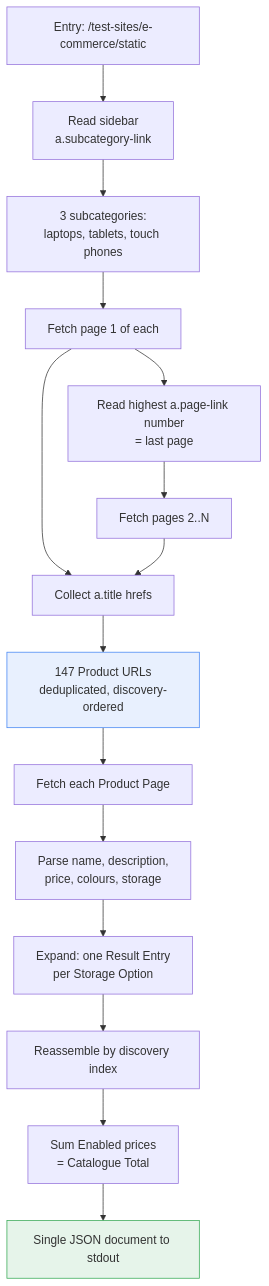
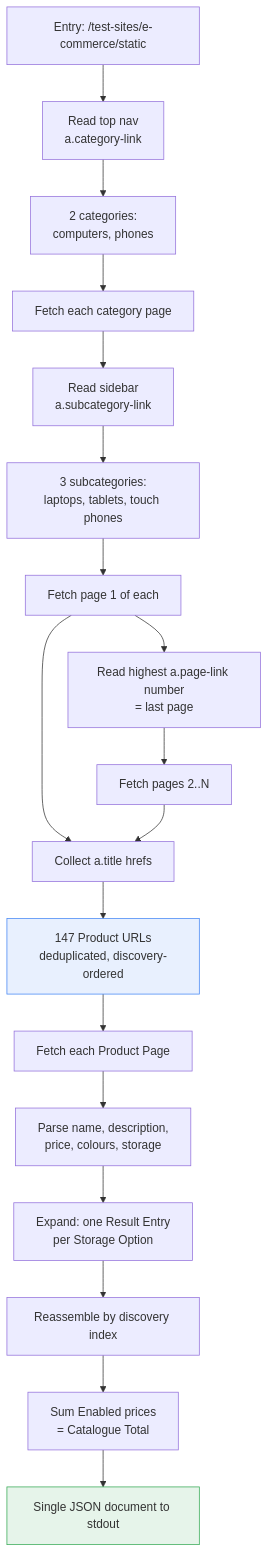
The diagram in docs/adr/0015-crawl-methodology-and-selectors.md (mike623/natter-scraper), drawn with Mermaid before and after one commit. The commit also changed other lines of this file and 3 other files, not shown here.

````diff
--- a/docs/adr/0015-crawl-methodology-and-selectors.md
+++ b/docs/adr/0015-crawl-methodology-and-selectors.md
@@ -9,20 +9,23 @@
 ```mermaid
 flowchart TD
-    A["Entry: /test-sites/e-commerce/static"] --> B["Read sidebar<br/>a.subcategory-link"]
-    B --> C["3 subcategories:<br/>laptops, tablets, touch phones"]
-    C --> D["Fetch page 1 of each"]
-    D --> E["Read highest a.page-link number<br/>= last page"]
-    E --> F["Fetch pages 2..N"]
-    D --> G["Collect a.title hrefs"]
-    F --> G
-    G --> H["147 Product URLs<br/>deduplicated, discovery-ordered"]
-    H --> I["Fetch each Product Page"]
-    I --> J["Parse name, description,<br/>price, colours, storage"]
-    J --> K["Expand: one Result Entry<br/>per Storage Option"]
-    K --> L["Reassemble by discovery index"]
-    L --> M["Sum Enabled prices<br/>= Catalogue Total"]
-    M --> N["Single JSON document to stdout"]
+    A["Entry: /test-sites/e-commerce/static"] --> B["Read top nav<br/>a.category-link"]
+    B --> C["2 categories:<br/>computers, phones"]
+    C --> D["Fetch each category page"]
+    D --> E["Read sidebar<br/>a.subcategory-link"]
+    E --> F["3 subcategories:<br/>laptops, tablets, touch phones"]
+    F --> G["Fetch page 1 of each"]
+    G --> H["Read highest a.page-link number<br/>= last page"]
+    H --> I["Fetch pages 2..N"]
+    G --> J["Collect a.title hrefs"]
+    I --> J
+    J --> K["147 Product URLs<br/>deduplicated, discovery-ordered"]
+    K --> L["Fetch each Product Page"]
+    L --> M["Parse name, description,<br/>price, colours, storage"]
+    M --> N["Expand: one Result Entry<br/>per Storage Option"]
+    N --> O["Reassemble by discovery index"]
+    O --> P["Sum Enabled prices<br/>= Catalogue Total"]
+    P --> Q["Single JSON document to stdout"]
 
-    style H fill:#e8f0fe,stroke:#4285f4
-    style N fill:#e6f4ea,stroke:#34a853
+    style K fill:#e8f0fe,stroke:#4285f4
+    style Q fill:#e6f4ea,stroke:#34a853
 ```
````
